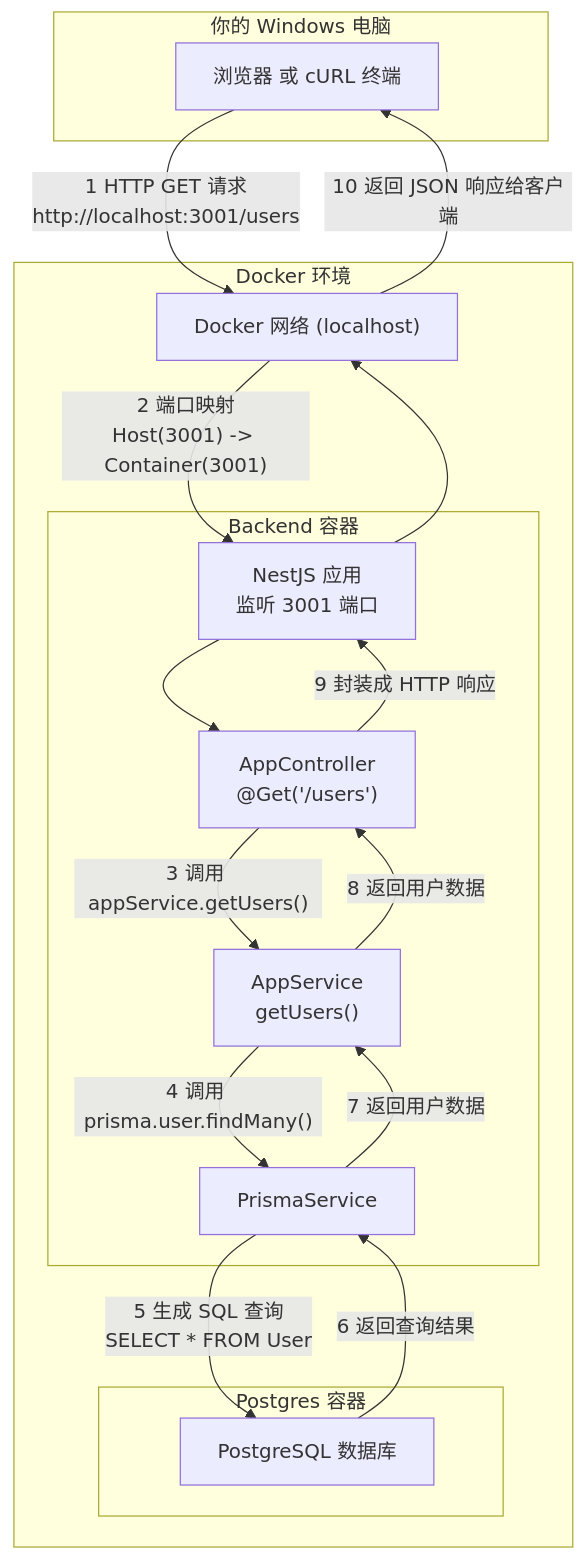
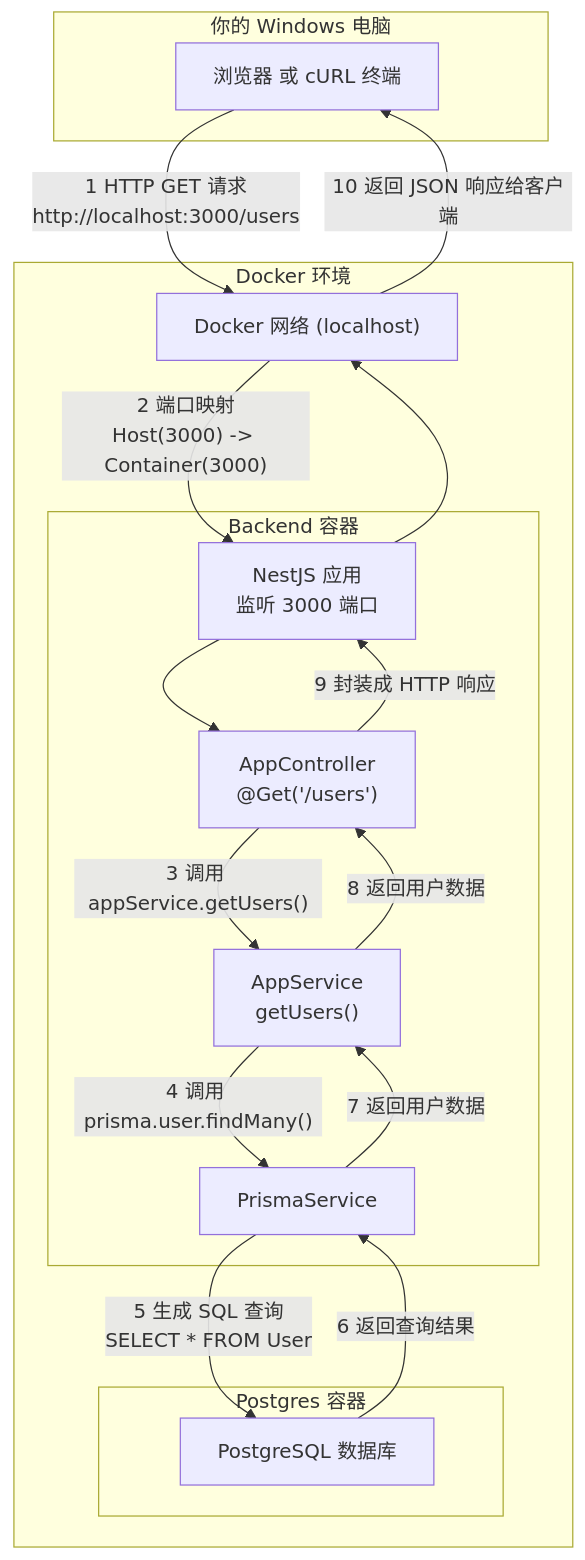
One commit to ubuntutester202/wechat-shop changed the second of 2 diagrams in docs/tutorial/how-database-with-prisma-works.md. Above: the diagram before and after it, drawn with Mermaid. The commit also changed other lines of this file and 28 other files, not shown here.

````diff
--- a/docs/tutorial/how-database-with-prisma-works.md
+++ b/docs/tutorial/how-database-with-prisma-works.md
@@ -731,34 +731,34 @@
 ```mermaid
 graph TD
     subgraph "你的 Windows 电脑"
         Client["浏览器 或 cURL 终端"]
     end
 
     subgraph "Docker 环境"
         DockerNetwork["Docker 网络 (localhost)"]
 
         subgraph "Backend 容器"
-            NestApp["NestJS 应用<br>监听 3001 端口"]
+            NestApp["NestJS 应用<br>监听 3000 端口"]
             Controller["AppController<br>@Get('/users')"]
             Service["AppService<br>getUsers()"]
             PrismaService["PrismaService"]
         end
 
         subgraph "Postgres 容器"
             Database["PostgreSQL 数据库"]
         end
     end
 
-    Client -- "1 HTTP GET 请求<br>http://localhost:3001/users" --> DockerNetwork
-    DockerNetwork -- "2 端口映射<br>Host(3001) -> Container(3001)" --> NestApp
+    Client -- "1 HTTP GET 请求<br>http://localhost:3000/users" --> DockerNetwork
+    DockerNetwork -- "2 端口映射<br>Host(3000) -> Container(3000)" --> NestApp
     NestApp --> Controller
     Controller -- "3 调用 appService.getUsers()" --> Service
     Service -- "4 调用 prisma.user.findMany()" --> PrismaService
     PrismaService -- "5 生成 SQL 查询<br>SELECT * FROM User" --> Database
     Database -- "6 返回查询结果" --> PrismaService
     PrismaService -- "7 返回用户数据" --> Service
     Service -- "8 返回用户数据" --> Controller
     Controller -- "9 封装成 HTTP 响应" --> NestApp
     NestApp --> DockerNetwork
     DockerNetwork -- "10 返回 JSON 响应给客户端" --> Client
 ```
````
